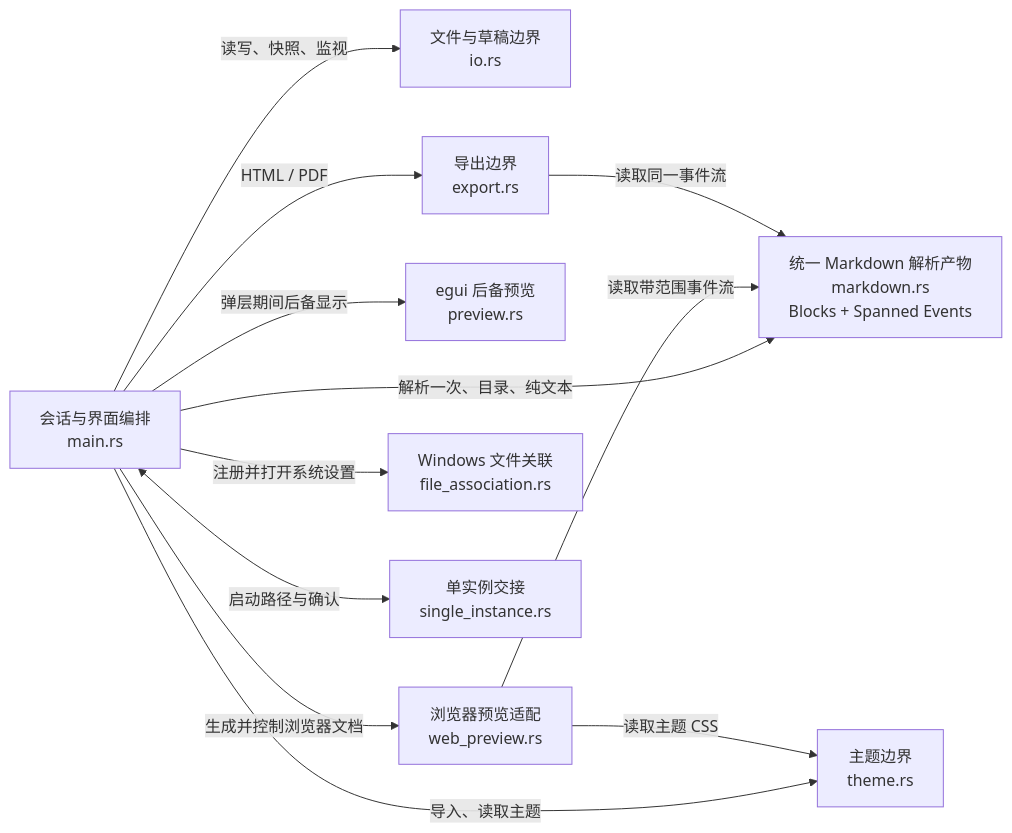
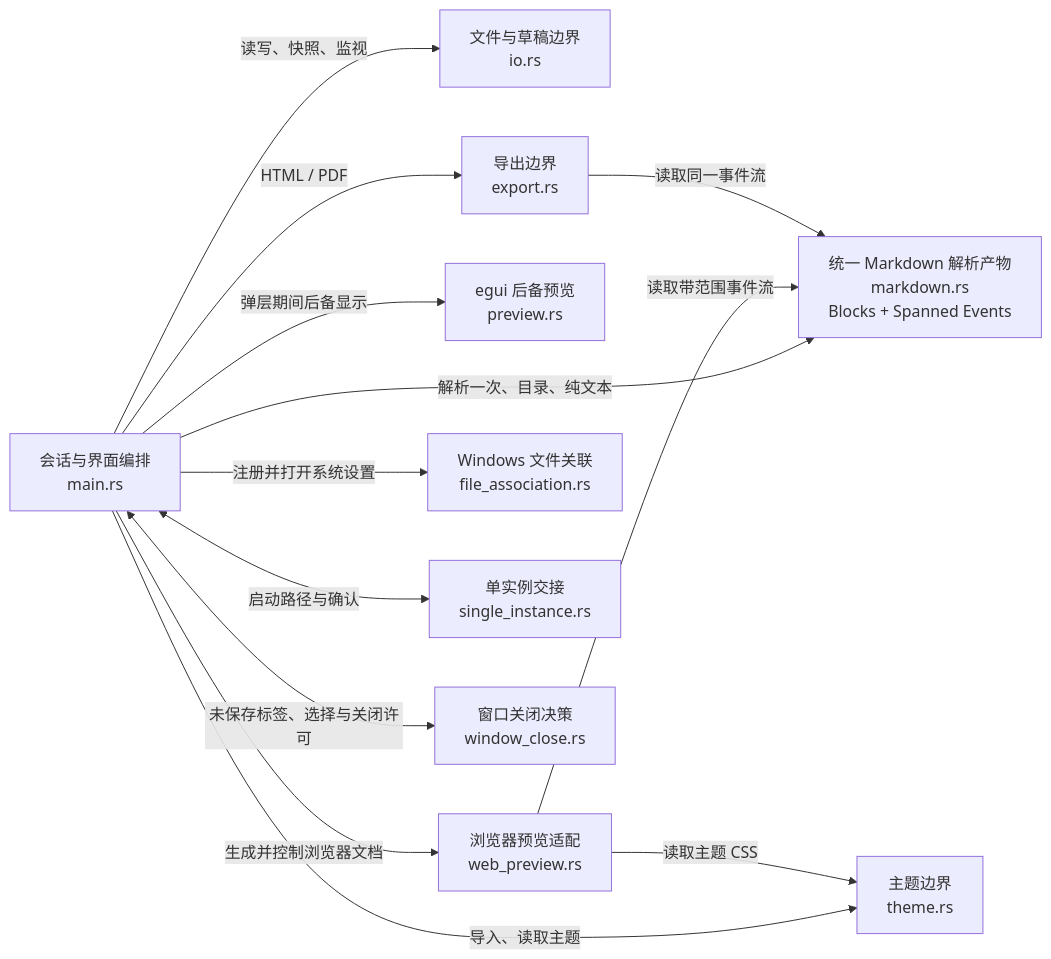
The fifth of 5 diagrams in Markdown编辑器与预览器-一页系统说明.md (idkwhatimdoing62/markdown-editor), drawn with Mermaid before and after one commit. The commit also changed other lines of this file and 2 other files, not shown here.

````diff
--- a/Markdown编辑器与预览器-一页系统说明.md
+++ b/Markdown编辑器与预览器-一页系统说明.md
@@ -434,24 +461,26 @@
 ```mermaid
 flowchart LR
   UI["会话与界面编排\nmain.rs"]
   IO["文件与草稿边界\nio.rs"]
   MD["统一 Markdown 解析产物\nmarkdown.rs\nBlocks + Spanned Events"]
   WP["浏览器预览适配\nweb_preview.rs"]
   FP["egui 后备预览\npreview.rs"]
   TH["主题边界\ntheme.rs"]
   EX["导出边界\nexport.rs"]
   FA["Windows 文件关联\nfile_association.rs"]
   SI["单实例交接\nsingle_instance.rs"]
+  WC["窗口关闭决策\nwindow_close.rs"]
 
   UI -->|读写、快照、监视| IO
+  UI <--> |未保存标签、选择与关闭许可| WC
   UI -->|解析一次、目录、纯文本| MD
   UI -->|生成并控制浏览器文档| WP
   UI -->|弹层期间后备显示| FP
   UI -->|导入、读取主题| TH
   UI -->|HTML / PDF| EX
   UI -->|注册并打开系统设置| FA
   UI <--> |启动路径与确认| SI
   WP -->|读取带范围事件流| MD
   EX -->|读取同一事件流| MD
   WP -->|读取主题 CSS| TH
 ```
````
